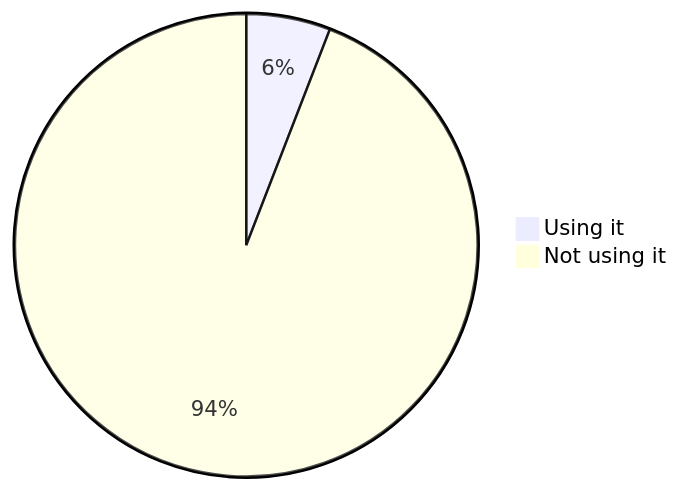
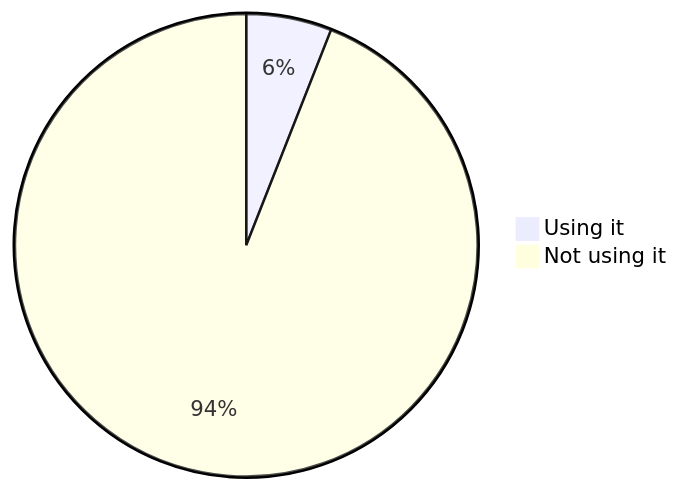
Before and after one commit to oshp/oshp-stats: diagram 11 of 22 in stats.md, drawn with Mermaid. The commit also changed other lines of this file, not shown here.

````diff
--- a/stats.md
+++ b/stats.md
@@ -130,6 +130,6 @@
 ```mermaid
 pie
-	"Using it" : 5.88
-	"Not using it" : 94.12
+	"Using it" : 5.97
+	"Not using it" : 94.03
 
 ```
````
